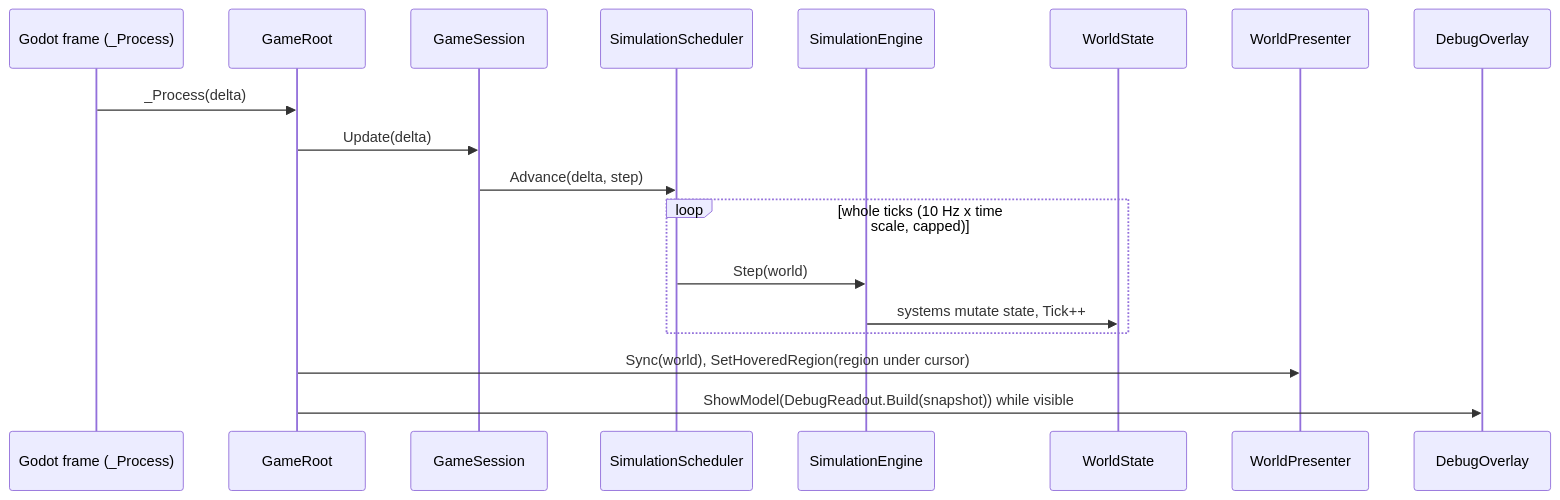
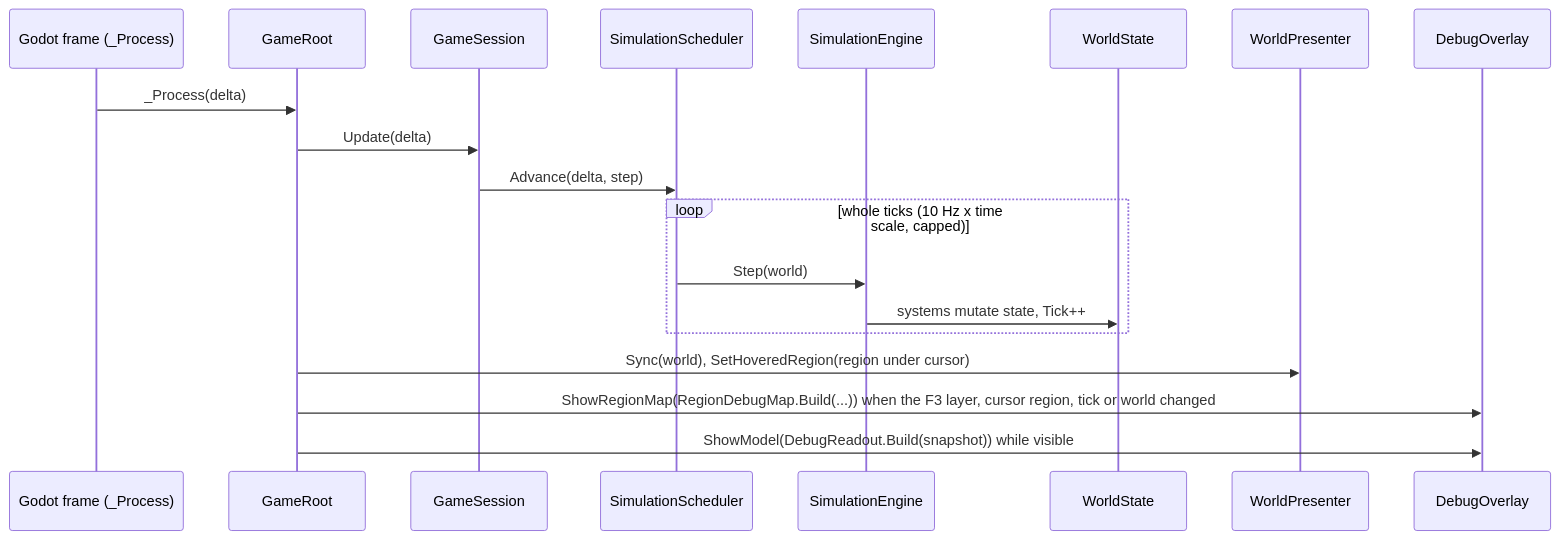
One commit to roeyazroel/pantheon changed the second of 4 diagrams in docs/ARCHITECTURE.md. Above: the diagram before and after it, drawn with Mermaid. The commit also changed other lines of this file and 13 other files, not shown here.

First line of the commit message:
feat(debug): F3 region debug map

````diff
--- a/docs/ARCHITECTURE.md
+++ b/docs/ARCHITECTURE.md
@@ -181,21 +182,22 @@
 ```mermaid
 sequenceDiagram
     participant Godot as Godot frame (_Process)
     participant Root as GameRoot
     participant Session as GameSession
     participant Sched as SimulationScheduler
     participant Engine as SimulationEngine
     participant State as WorldState
     participant View as WorldPresenter
     participant Overlay as DebugOverlay
 
     Godot->>Root: _Process(delta)
     Root->>Session: Update(delta)
     Session->>Sched: Advance(delta, step)
     loop whole ticks (10 Hz x time scale, capped)
         Sched->>Engine: Step(world)
         Engine->>State: systems mutate state, Tick++
     end
     Root->>View: Sync(world), SetHoveredRegion(region under cursor)
+    Root->>Overlay: ShowRegionMap(RegionDebugMap.Build(...)) when the F3 layer, cursor region, tick or world changed
     Root->>Overlay: ShowModel(DebugReadout.Build(snapshot)) while visible
 ```
````
